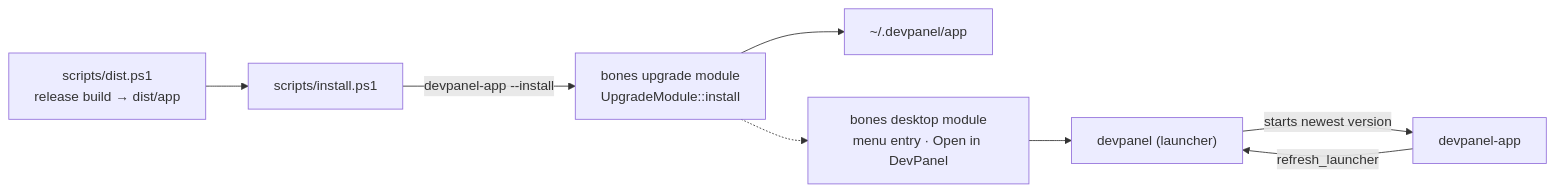
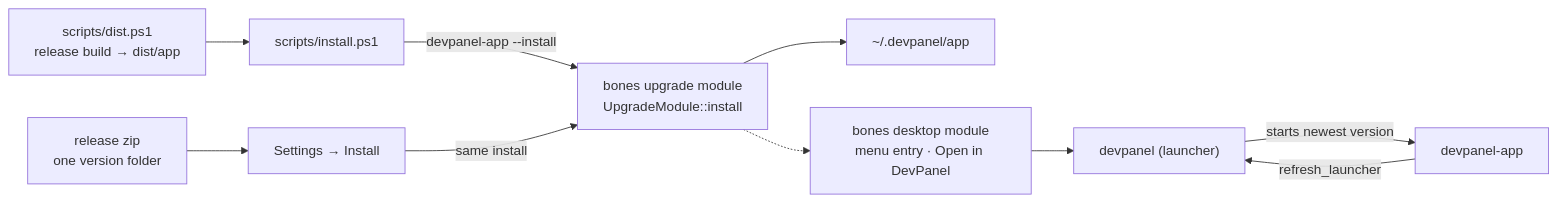
The diagram in docs/installation.md (an-dr/dev-panel), drawn with Mermaid before and after one commit. The commit also changed other lines of this file and 11 other files, not shown here.

First line of the commit message:
feat: install devpanel from its settings and ship one zip per platform

````diff
--- a/docs/installation.md
+++ b/docs/installation.md
@@ -23,10 +23,12 @@
 ```mermaid
 flowchart LR
     Dist["scripts/dist.ps1<br/>release build → dist/app"] --> Install["scripts/install.ps1"]
+    Zip["release zip<br/>one version folder"] --> Button["Settings → Install"]
     Install -->|"devpanel-app --install"| Upgrader["bones upgrade module<br/>UpgradeModule::install"]
+    Button -->|same install| Upgrader
     Upgrader --> Folder["~/.devpanel/app"]
     Upgrader -.-> Desktop["bones desktop module<br/>menu entry · Open in DevPanel"]
     Desktop --> Launcher["devpanel (launcher)"]
     Launcher -->|starts newest version| App["devpanel-app"]
     App -->|refresh_launcher| Launcher
 ```
````
